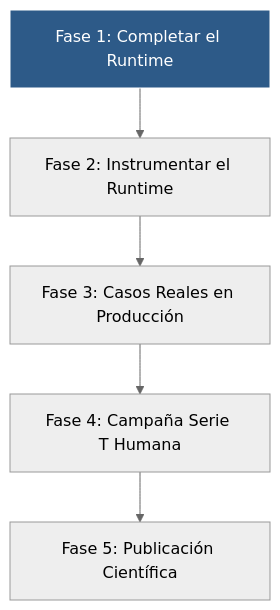
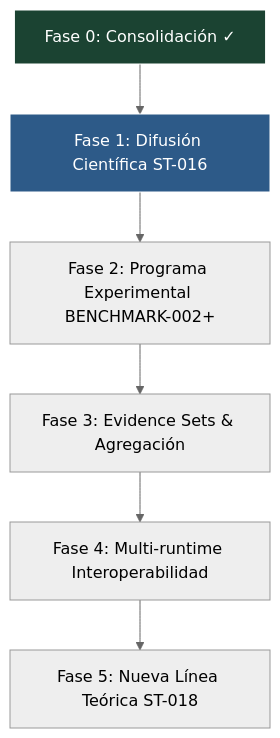
One commit to valentinlineiro/takt-theory changed the diagram in docs/OPERATIONAL_ROADMAP.md. Above: the diagram before and after it, drawn with Mermaid (neutral theme). The commit also changed other lines of this file, not shown here.

Commit message:
docs(roadmap): update operational roadmap to post-consolidation priorities

````diff
--- a/docs/OPERATIONAL_ROADMAP.md
+++ b/docs/OPERATIONAL_ROADMAP.md
@@ -11,9 +11,11 @@
 ```mermaid
 graph TD
-    Fase1[Fase 1: Completar el Runtime] --> Fase2[Fase 2: Instrumentar el Runtime]
-    Fase2 --> Fase3[Fase 3: Casos Reales en Producción]
-    Fase3 --> Fase4[Fase 4: Campaña Serie T Humana]
-    Fase4 --> Fase5[Fase 5: Publicación Científica]
+    Fase0[Fase 0: Consolidación ✓] --> Fase1[Fase 1: Difusión Científica ST-016]
+    Fase1 --> Fase2[Fase 2: Programa Experimental BENCHMARK-002+]
+    Fase2 --> Fase3[Fase 3: Evidence Sets & Agregación]
+    Fase3 --> Fase4[Fase 4: Multi-runtime Interoperabilidad]
+    Fase4 --> Fase5[Fase 5: Nueva Línea Teórica ST-018]
     
+    style Fase0 fill:#1b4332,stroke:#fff,color:#fff
     style Fase1 fill:#2d5a88,stroke:#fff,color:#fff
 ```
````
